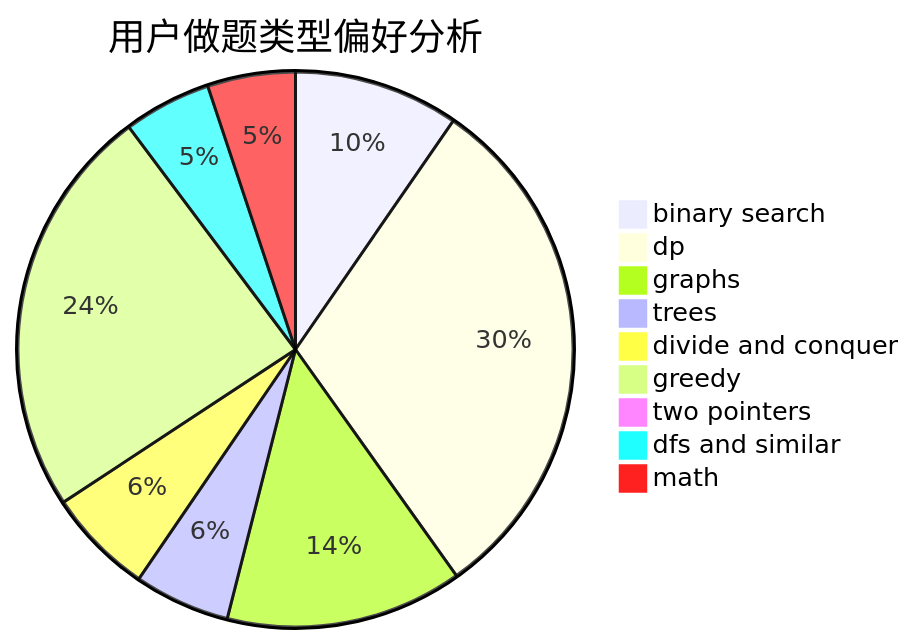
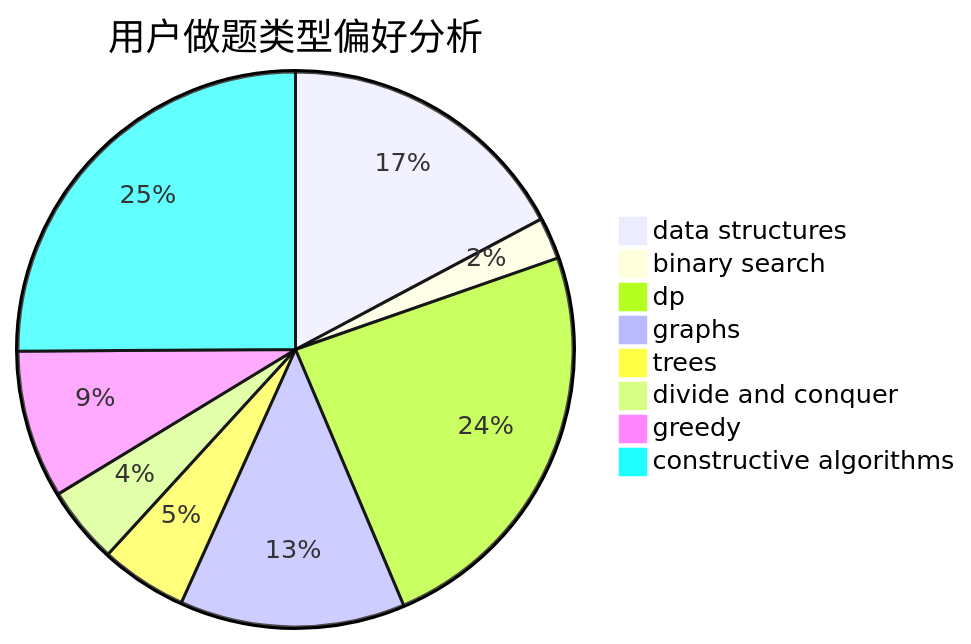
One commit to sherpahu/cfrs.github.io changed the second of 3 diagrams in docs/user/u18.md. Above: the diagram before and after it, drawn with Mermaid. The commit also changed other lines of this file and 2775 other files, not shown here.

````diff
--- a/docs/user/u18.md
+++ b/docs/user/u18.md
@@ -23,12 +23,11 @@
 ```mermaid
 pie title 用户做题类型偏好分析
-    "binary search" :  62
-    "dp" :  197
-    "graphs" :  89
-    "trees" :  36
-    "divide and conquer" :  40
-    "greedy" :  155
-    "two pointers" :  5
-    "dfs and similar" :  33
-    "math" :  33
+    "data structures" :  92
+    "binary search" :  13
+    "dp" :  128
+    "graphs" :  70
+    "trees" :  27
+    "divide and conquer" :  24
+    "greedy" :  46
+    "constructive algorithms" :  134
 ```
````
